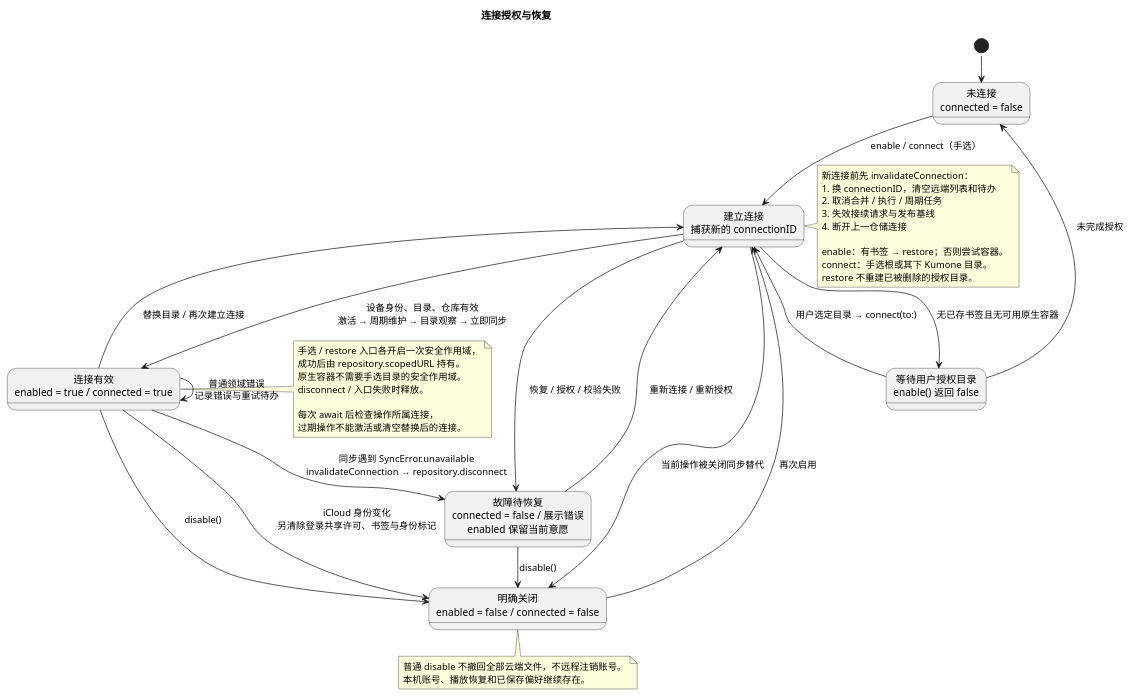
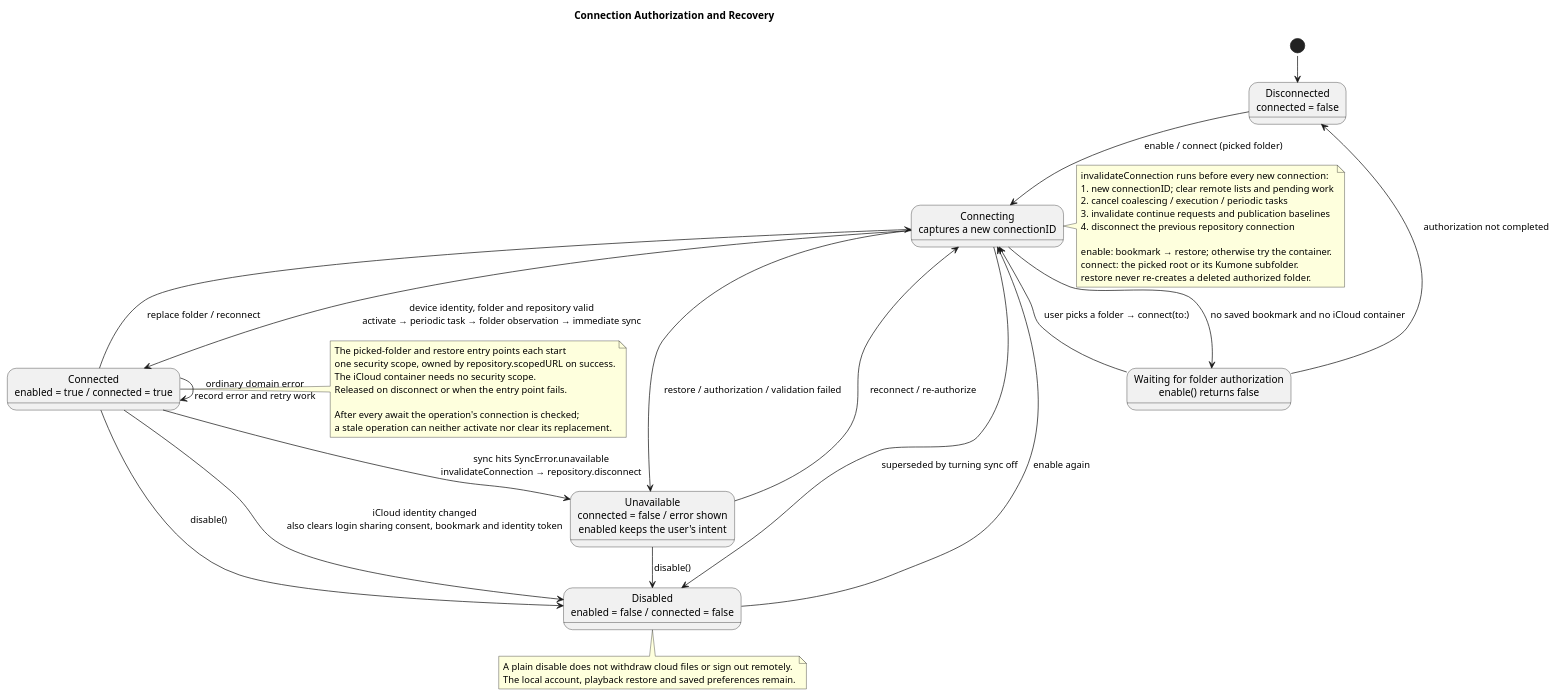
One commit to Aut-B/kumone changed the diagram in docs/icloud-sync/connection.puml. Above: the diagram before and after it, drawn with PlantUML. The commit also changed 15 other files, not shown here.

Commit message:
docs(sync): translate sync diagrams to English

```diff
--- a/docs/icloud-sync/connection.puml
+++ b/docs/icloud-sync/connection.puml
@@ -1,55 +1,55 @@
 @startuml connection
 !pragma layout smetana
-skinparam defaultFontName PingFang SC
+skinparam defaultFontName Helvetica
 skinparam shadowing false
-title 连接授权与恢复
+title Connection Authorization and Recovery
 
-state "未连接\nconnected = false" as Disconnected
-state "建立连接\n捕获新的 connectionID" as Connecting
-state "等待用户授权目录\nenable() 返回 false" as Picker
-state "连接有效\nenabled = true / connected = true" as Connected
-state "故障待恢复\nconnected = false / 展示错误\nenabled 保留当前意愿" as Failed
-state "明确关闭\nenabled = false / connected = false" as Disabled
+state "Disconnected\nconnected = false" as Disconnected
+state "Connecting\ncaptures a new connectionID" as Connecting
+state "Waiting for folder authorization\nenable() returns false" as Picker
+state "Connected\nenabled = true / connected = true" as Connected
+state "Unavailable\nconnected = false / error shown\nenabled keeps the user's intent" as Failed
+state "Disabled\nenabled = false / connected = false" as Disabled
 
 [*] --> Disconnected
-Disconnected --> Connecting : enable / connect（手选）
-Disabled --> Connecting : 再次启用
-Connecting --> Picker : 无已存书签且无可用原生容器
-Picker --> Connecting : 用户选定目录 → connect(to:)
-Picker --> Disconnected : 未完成授权
-Connecting --> Connected : 设备身份、目录、仓库有效\n激活 → 周期维护 → 目录观察 → 立即同步
-Connecting --> Failed : 恢复 / 授权 / 校验失败
-Connected --> Connected : 普通领域错误\n记录错误与重试待办
-Connected --> Failed : 同步遇到 SyncError.unavailable\ninvalidateConnection → repository.disconnect
-Failed --> Connecting : 重新连接 / 重新授权
-Connected --> Connecting : 替换目录 / 再次建立连接
+Disconnected --> Connecting : enable / connect (picked folder)
+Disabled --> Connecting : enable again
+Connecting --> Picker : no saved bookmark and no iCloud container
+Picker --> Connecting : user picks a folder → connect(to:)
+Picker --> Disconnected : authorization not completed
+Connecting --> Connected : device identity, folder and repository valid\nactivate → periodic task → folder observation → immediate sync
+Connecting --> Failed : restore / authorization / validation failed
+Connected --> Connected : ordinary domain error\nrecord error and retry work
+Connected --> Failed : sync hits SyncError.unavailable\ninvalidateConnection → repository.disconnect
+Failed --> Connecting : reconnect / re-authorize
+Connected --> Connecting : replace folder / reconnect
 Connected --> Disabled : disable()
 Failed --> Disabled : disable()
-Connecting --> Disabled : 当前操作被关闭同步替代
-Connected --> Disabled : iCloud 身份变化\n另清除登录共享许可、书签与身份标记
+Connecting --> Disabled : superseded by turning sync off
+Connected --> Disabled : iCloud identity changed\nalso clears login sharing consent, bookmark and identity token
 
 note right of Connecting
-  新连接前先 invalidateConnection：
-  1. 换 connectionID，清空远端列表和待办
-  2. 取消合并 / 执行 / 周期任务
-  3. 失效接续请求与发布基线
-  4. 断开上一仓储连接
+  invalidateConnection runs before every new connection:
+  1. new connectionID; clear remote lists and pending work
+  2. cancel coalescing / execution / periodic tasks
+  3. invalidate continue requests and publication baselines
+  4. disconnect the previous repository connection
 
-  enable：有书签 → restore；否则尝试容器。
-  connect：手选根或其下 Kumone 目录。
-  restore 不重建已被删除的授权目录。
+  enable: bookmark → restore; otherwise try the container.
+  connect: the picked root or its Kumone subfolder.
+  restore never re-creates a deleted authorized folder.
 end note
 note right of Connected
-  手选 / restore 入口各开启一次安全作用域，
-  成功后由 repository.scopedURL 持有。
-  原生容器不需要手选目录的安全作用域。
-  disconnect / 入口失败时释放。
+  The picked-folder and restore entry points each start
+  one security scope, owned by repository.scopedURL on success.
+  The iCloud container needs no security scope.
+  Released on disconnect or when the entry point fails.
 
-  每次 await 后检查操作所属连接，
-  过期操作不能激活或清空替换后的连接。
+  After every await the operation's connection is checked;
+  a stale operation can neither activate nor clear its replacement.
 end note
 note bottom of Disabled
-  普通 disable 不撤回全部云端文件，不远程注销账号。
-  本机账号、播放恢复和已保存偏好继续存在。
+  A plain disable does not withdraw cloud files or sign out remotely.
+  The local account, playback restore and saved preferences remain.
 end note
 @enduml
```
